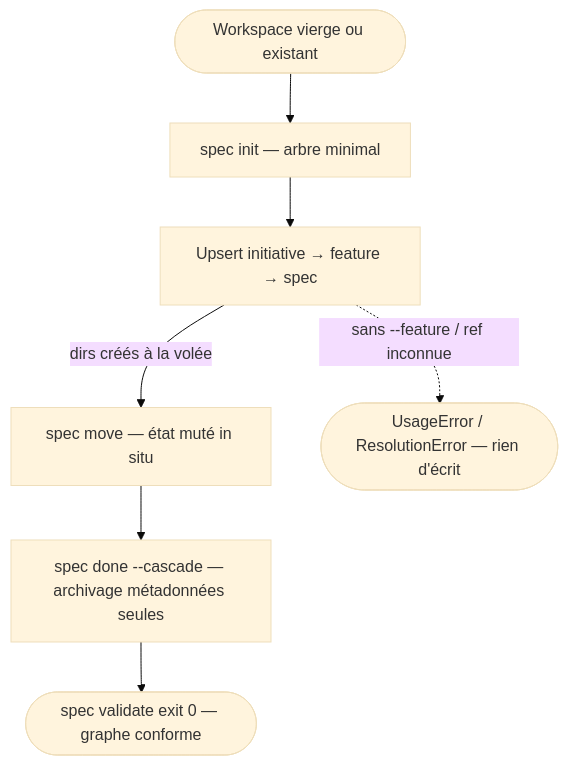
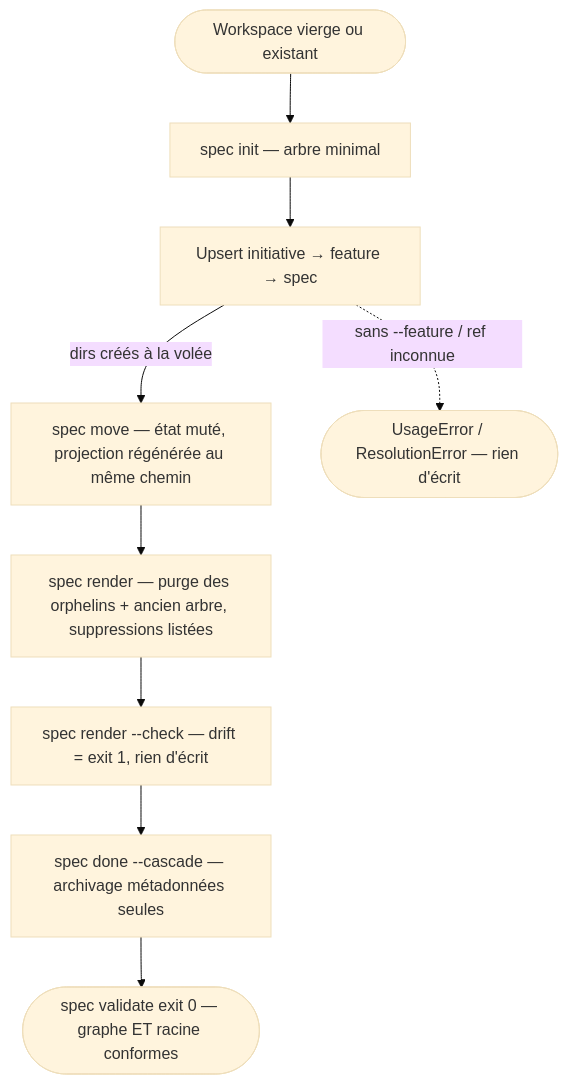
One commit to ngdo-pro/sdd changed the diagram in .specs/knowledge/domains/workspace-management/behavior.md. Above: the diagram before and after it, drawn with Mermaid (base theme). The commit also changed other lines of this file and 8 other files, not shown here.

````diff
--- a/.specs/knowledge/domains/workspace-management/behavior.md
+++ b/.specs/knowledge/domains/workspace-management/behavior.md
@@ -23,9 +24,11 @@
 ```mermaid
 flowchart TD
     Start([Workspace vierge ou existant]) --> Init[spec init — arbre minimal]
     Init --> Frame[Upsert initiative → feature → spec]
-    Frame -->|dirs créés à la volée| Move[spec move — état muté in situ]
-    Move --> Done[spec done --cascade — archivage métadonnées seules]
-    Done --> Valid([spec validate exit 0 — graphe conforme])
+    Frame -->|dirs créés à la volée| Move[spec move — état muté, projection régénérée au même chemin]
     Frame -.->|sans --feature / ref inconnue| Err([UsageError / ResolutionError — rien d'écrit])
+    Move --> Render[spec render — purge des orphelins + ancien arbre, suppressions listées]
+    Render --> Check[spec render --check — drift = exit 1, rien d'écrit]
+    Check --> Done[spec done --cascade — archivage métadonnées seules]
+    Done --> Valid([spec validate exit 0 — graphe ET racine conformes])
 ```
````
